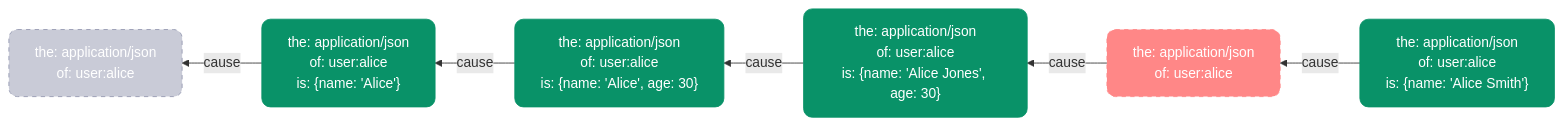
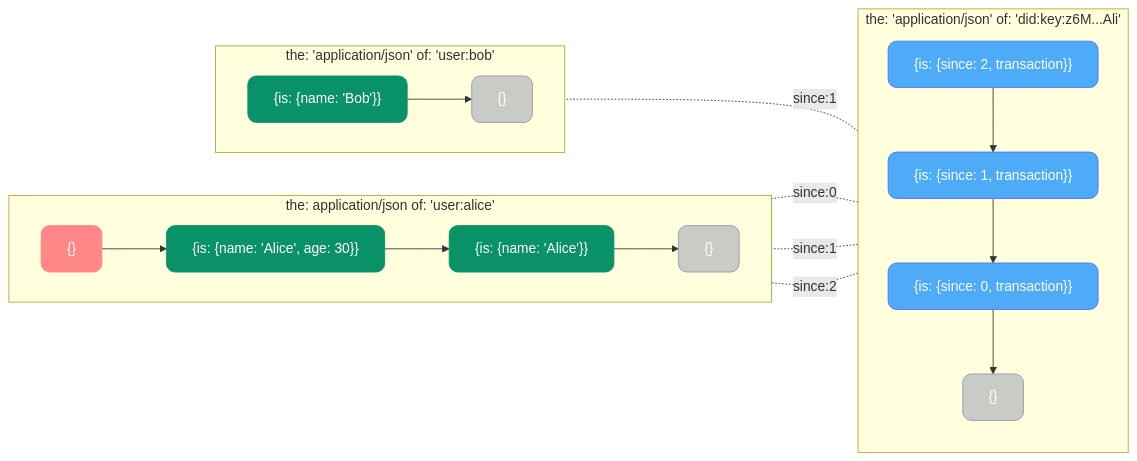
The first of 3 diagrams in rfc/space.md (commontoolsinc/RFC), drawn with Mermaid before and after one commit. The commit also changed other lines of this file and 1 other file, not shown here.

````diff
--- a/rfc/space.md
+++ b/rfc/space.md
@@ -97,13 +98,51 @@
 ```mermaid
 graph RL
-    classDef assertion fill:#099268,stroke:#099268,stroke-width:1px,color:#fff,rx:10,ry:10;
-    classDef retraction fill:#FF8787,stroke:#FF8787,stroke-width:1px,color:#fff,stroke-dasharray:5 5,rx:10,ry:10;
-    classDef virtual fill:#9398B080,stroke:#9398B0,stroke-width:1px,color:#fff,stroke-dasharray:5 5,rx:10,ry:10;
+    classDef commit fill:#4DABF7,stroke:#4F72FC,stroke-width:1px,color:#fff,rx:10,ry:10
+    classDef fact fill:#099268,stroke:#099268,stroke-width:1px,color:#fff,rx:10,ry:10
+    classDef retraction fill:#FF8787,stroke:#FF8787,stroke-width:1px,color:#fff,rx:10,ry:10
+    classDef genesis fill:#9398B080,stroke:#9398B0,stroke-width:1px,color:#fff,rx:10,ry:10
+    classDef note fill:none,stroke:none
 
-    VR["the: application/json<br>of: user:alice<br>"]:::virtual
-    A["the: application/json<br>of: user:alice<br>is: {name: 'Alice'}"]:::assertion -->|cause| VR
-    B["the: application/json<br>of: user:alice<br>is: {name: 'Alice', age: 30}"]:::assertion -->|cause| A
-    C["the: application/json<br>of: user:alice<br>is: {name: 'Alice Jones', age: 30}"]:::assertion -->|cause| B
-    D["the: application/json<br>of: user:alice"]:::retraction -->|cause| C
-    E["the: application/json<br>of: user:alice<br>is: {name: 'Alice Smith'}"]:::assertion -->|cause| D
+    %% Fact Chains
+    subgraph UserAlice["the:&nbsp;application/json&nbsp;of:&nbsp;'user:alice'"]
+        direction LR
+        VF1["{}"]:::genesis
+        F1["{is: {name: 'Alice'}}"]:::fact
+        F2["{is: {name: 'Alice', age: 30}}"]:::fact
+        F3["{}"]:::retraction
+
+        F1 --> VF1
+        F2 --> F1
+        F3 --> F2
+    end
+
+    %% Commit Chain
+    subgraph TransactionLog["the:&nbsp;'application/json'&nbsp;of:&nbsp;'did:key:z6M...Ali'"]
+        direction TB
+        VC["{}"]:::genesis
+        C1["{is: {since: 0, transaction}}"]:::commit
+        C2["{is: {since: 1, transaction}}"]:::commit
+        C3["{is: {since: 2, transaction}}"]:::commit
+
+        C1 --> VC
+        C2 --> C1
+        C3 --> C2
+    end
+
+
+
+    subgraph UserBob["the:&nbsp;'application/json'&nbsp;of:&nbsp;'user:bob'"]
+        direction LR
+        VF2["{}"]:::genesis
+        F4["{is: {name: 'Bob'}}"]:::fact
+
+        F4 --> VF2
+    end
+
+
+    %% Transaction relationships
+    C1 -.-|since:0| F1
+    C2 -.-|since:1| F2
+    C2 -.-|since:1| F4
+    C3 -.-|since:2| F3
 ```
````
